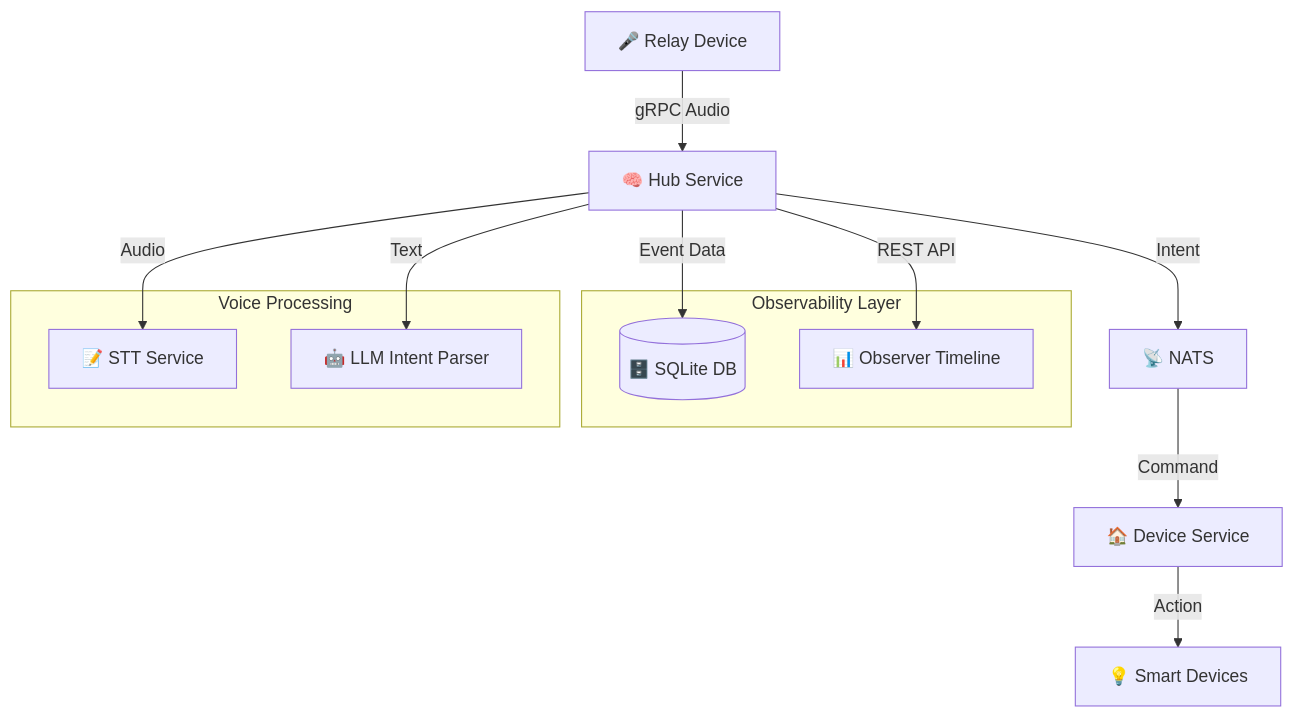
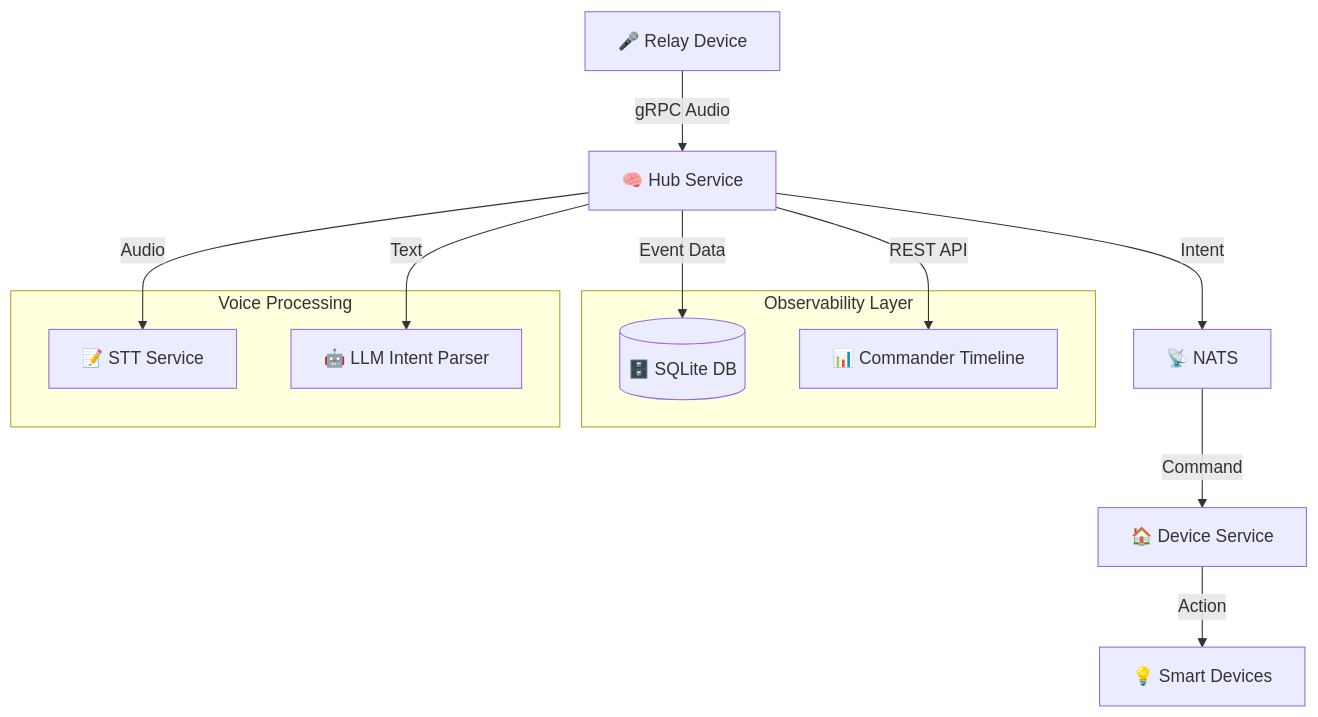
Before and after one commit to loqalabs/loqa: the diagram in docs/architecture.md, drawn with Mermaid. The commit also changed other lines of this file and 10 other files, not shown here.

First line of the commit message:
Complete Observer → Commander terminology migration across all documentation

````diff
--- a/docs/architecture.md
+++ b/docs/architecture.md
@@ -45,21 +45,21 @@
 ```mermaid
 graph TB
     P[🎤 Relay Device] -->|gRPC Audio| H[🧠 Hub Service]
     H -->|Audio| W[📝 STT Service]
     H -->|Text| L[🤖 LLM Intent Parser]
     H -->|Event Data| DB[(🗄️ SQLite DB)]
-    H -->|REST API| UI[📊 Observer Timeline]
+    H -->|REST API| UI[📊 Commander Timeline]
     H -->|Intent| N[📡 NATS]
     N -->|Command| D[🏠 Device Service]
     D -->|Action| DEVICES[💡 Smart Devices]
     
     subgraph "Observability Layer"
         DB
         UI
     end
     
     subgraph "Voice Processing"
         W
         L
     end
 ```
````
